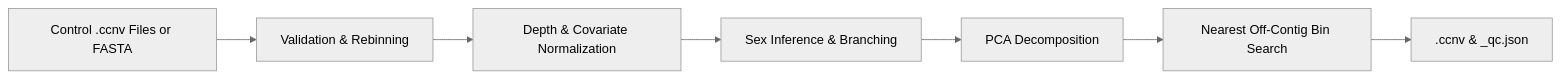
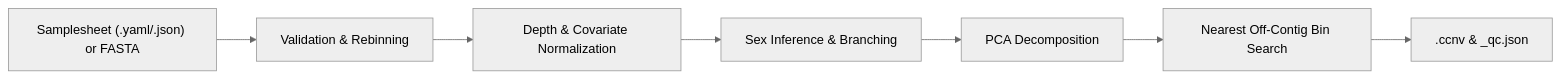
Before and after one commit to matthdsm/ccnv: the second of 3 diagrams in docs/cli.md, drawn with Mermaid (neutral theme). The commit also changed other lines of this file and 99 other files, not shown here.

````diff
--- a/docs/cli.md
+++ b/docs/cli.md
@@ -73,9 +76,9 @@
 ```mermaid
 flowchart LR
-    A["Control .ccnv Files or FASTA"] --> B["Validation & Rebinning"]
+    A["Samplesheet (.yaml/.json) or FASTA"] --> B["Validation & Rebinning"]
     B --> C["Depth & Covariate Normalization"]
     C --> D["Sex Inference & Branching"]
     D --> E["PCA Decomposition"]
     E --> F["Nearest Off-Contig Bin Search"]
     F --> G["<prefix>.ccnv & <prefix>_qc.json"]
 ```
````
